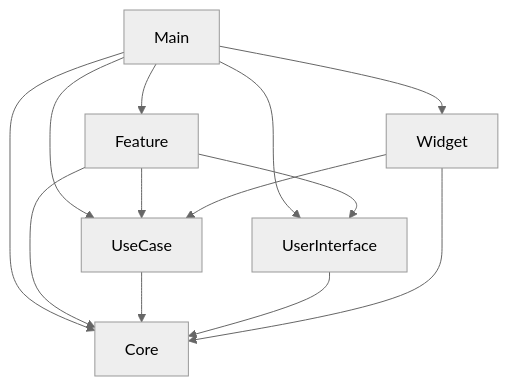
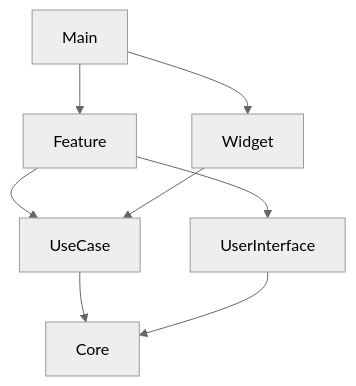
One commit to mgj0486/Laps-Portfolio changed the diagram in README.md. Above: the diagram before and after it, drawn with Mermaid (neutral theme). The commit also changed other lines of this file, not shown here.

````diff
--- a/README.md
+++ b/README.md
@@ -78,15 +66,10 @@
 ```mermaid
 graph TD
     A[Main] --> B[Feature]
-    A --> C[UseCase]
-    A --> D[Core]
-    A --> E[UserInterface]
     A --> F[Widget]
-    B --> C
-    B --> D
-    B --> E
-    C --> D
+    B --> C[UseCase]
+    B --> E[UserInterface]
+    C --> D[Core]
     E --> D
     F --> C
-    F --> D
 ```
````
